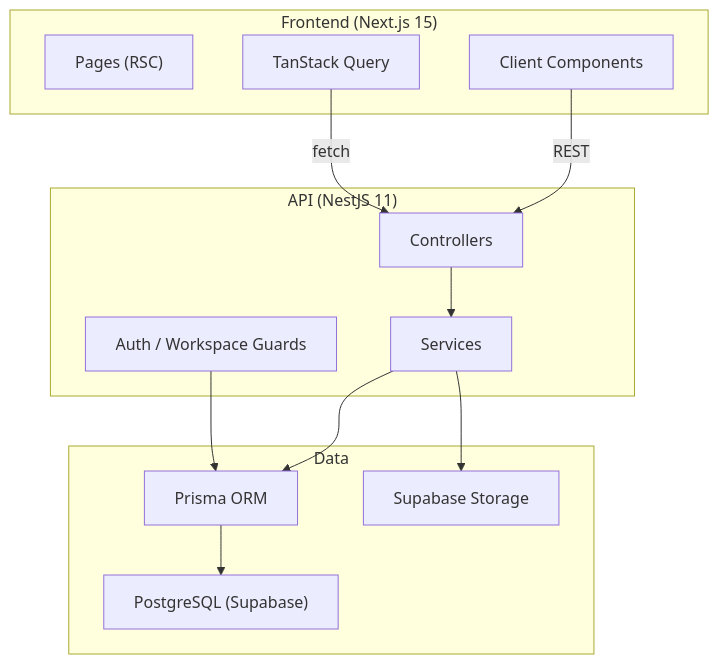
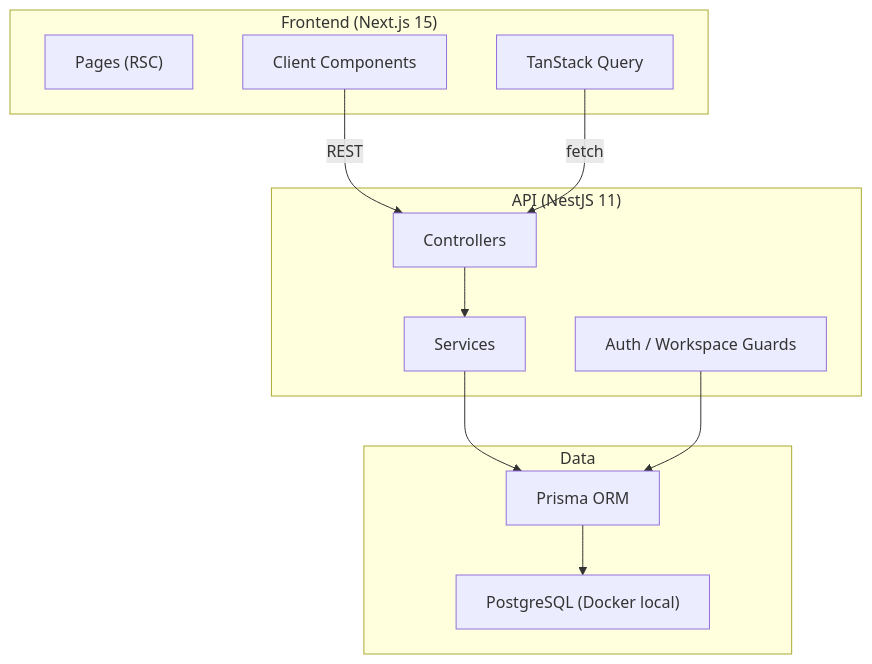
The first of 2 diagrams in docs/architecture.md (milagros-marquina-jumi/korapay-personal), drawn with Mermaid before and after one commit. The commit also changed other lines of this file and 141 other files, not shown here.

````diff
--- a/docs/architecture.md
+++ b/docs/architecture.md
@@ -28,28 +28,26 @@
 ```mermaid
 graph TB
     subgraph "Frontend (Next.js 15)"
         Pages["Pages (RSC)"]
         ClientComponents["Client Components"]
         TanStackQuery["TanStack Query"]
     end
 
     subgraph "API (NestJS 11)"
         Controllers["Controllers"]
         Services["Services"]
         Guards["Auth / Workspace Guards"]
     end
 
     subgraph "Data"
         Prisma["Prisma ORM"]
-        PostgreSQL["PostgreSQL (Supabase)"]
-        Storage["Supabase Storage"]
+        PostgreSQL["PostgreSQL (Docker local)"]
     end
 
     ClientComponents -->|REST| Controllers
     TanStackQuery -->|fetch| Controllers
     Controllers --> Services
     Services --> Prisma
     Prisma --> PostgreSQL
-    Services --> Storage
     Guards --> Prisma
 ```
````
